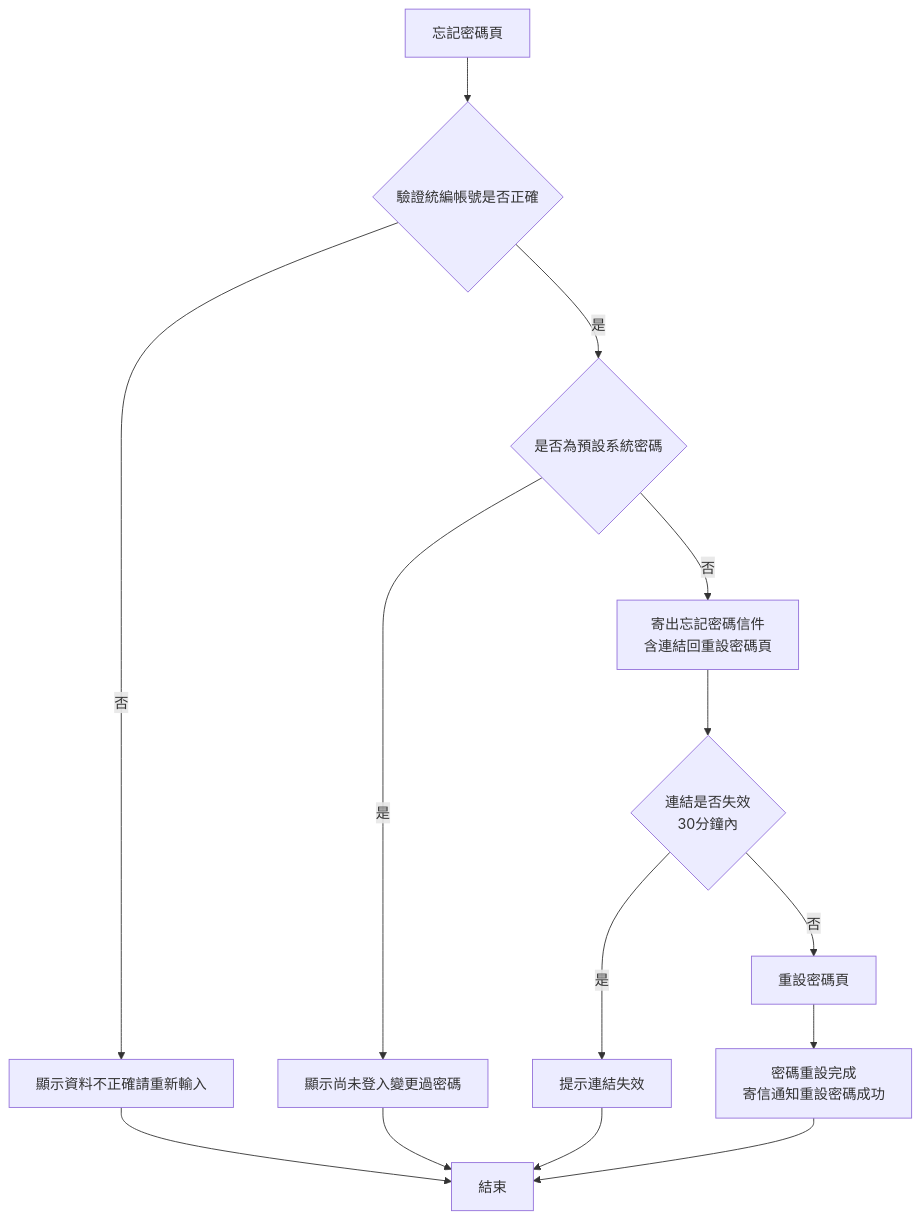
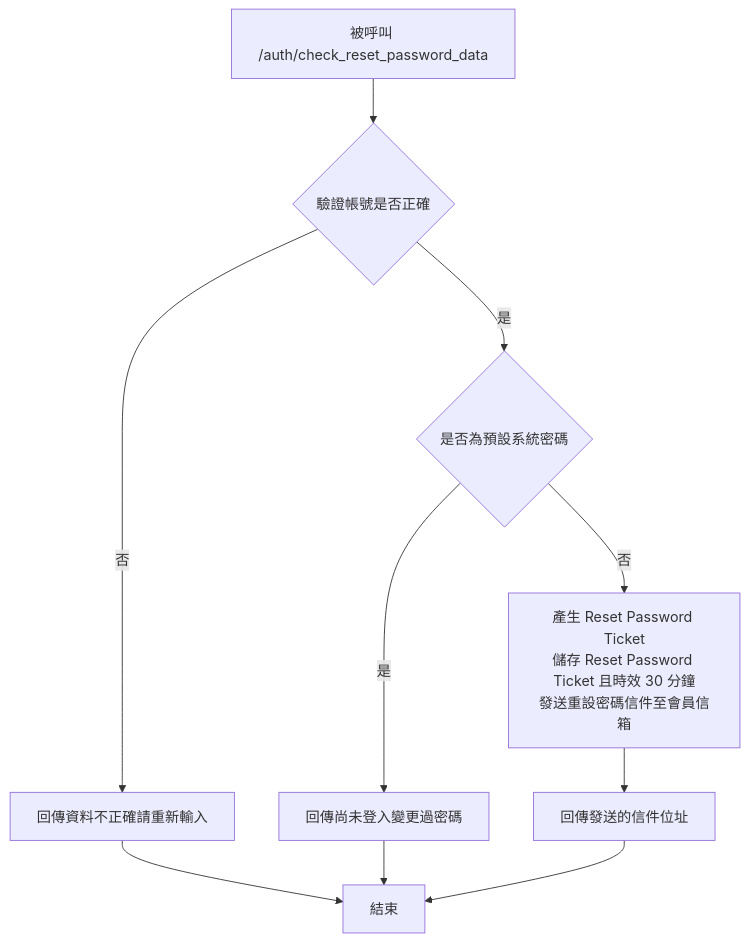
Before and after one commit to thunderstormwang/CodingNote: the second of 4 diagrams in System_Design/forget_password.md, drawn with Mermaid. The commit also changed other lines of this file and 1 other file, not shown here.

````diff
--- a/System_Design/forget_password.md
+++ b/System_Design/forget_password.md
@@ -52,13 +54,9 @@
 ```mermaid
 flowchart TD
-A[忘記密碼頁] --> B{驗證統編帳號是否正確}
-B --> |是| C{是否為預設系統密碼}
-B --> |否| D[顯示資料不正確請重新輸入] --> K[結束]
-C --> |是| E[顯示尚未登入變更過密碼] --> K
-C --> |否| F[寄出忘記密碼信件<br/>含連結回重設密碼頁]
-F --> G{連結是否失效\n30分鐘內}
-G --> |是| H[提示連結失效] --> K
-G --> |否| I[重設密碼頁]
-I --> J[密碼重設完成<br/>寄信通知重設密碼成功]
-J --> K
+A[被呼叫 /auth/check_reset_password_data] --> B{驗證帳號是否正確}
+B --> |否| C[回傳資料不正確請重新輸入] --> K[結束]
+B --> |是| D{是否為預設系統密碼}
+D --> |是| E[回傳尚未登入變更過密碼] --> K
+D --> |否| F[產生 Reset Password Ticket<br/>儲存 Reset Password Ticket 且時效 30 分鐘<br/>發送重設密碼信件至會員信箱]
+F --> G[回傳發送的信件位址] --> K
 ```
````
